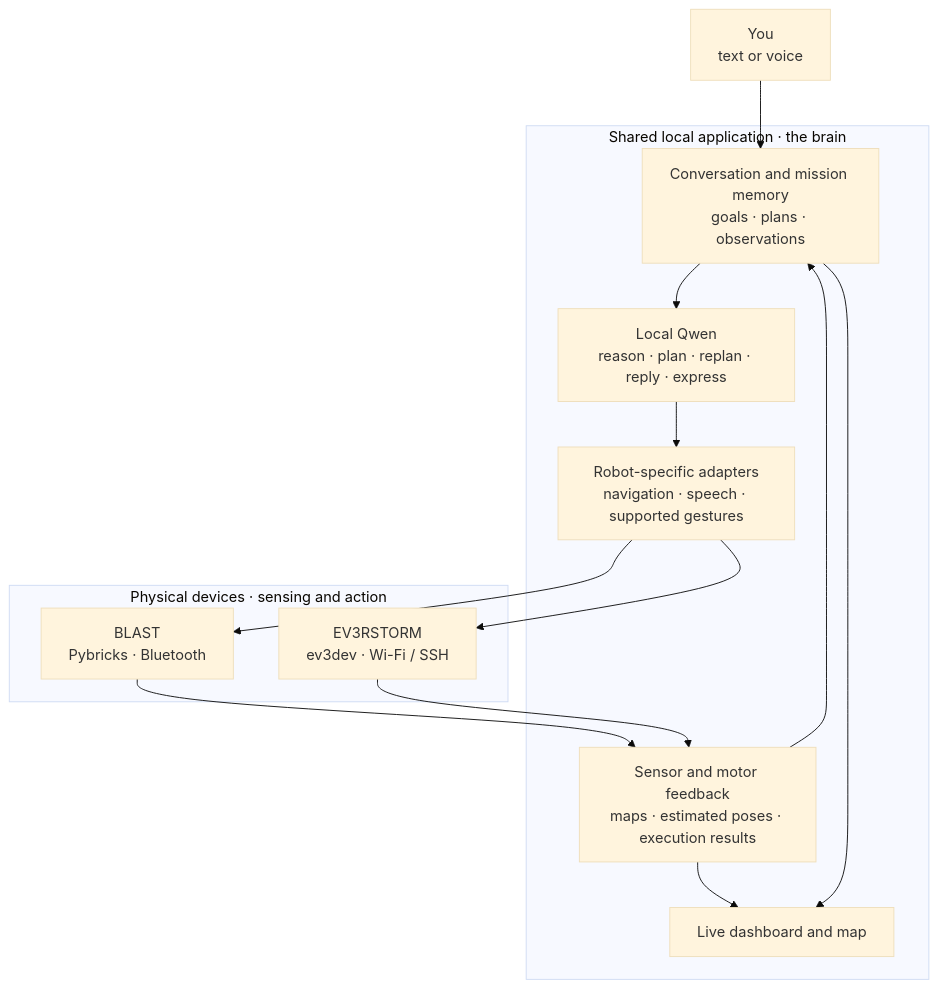
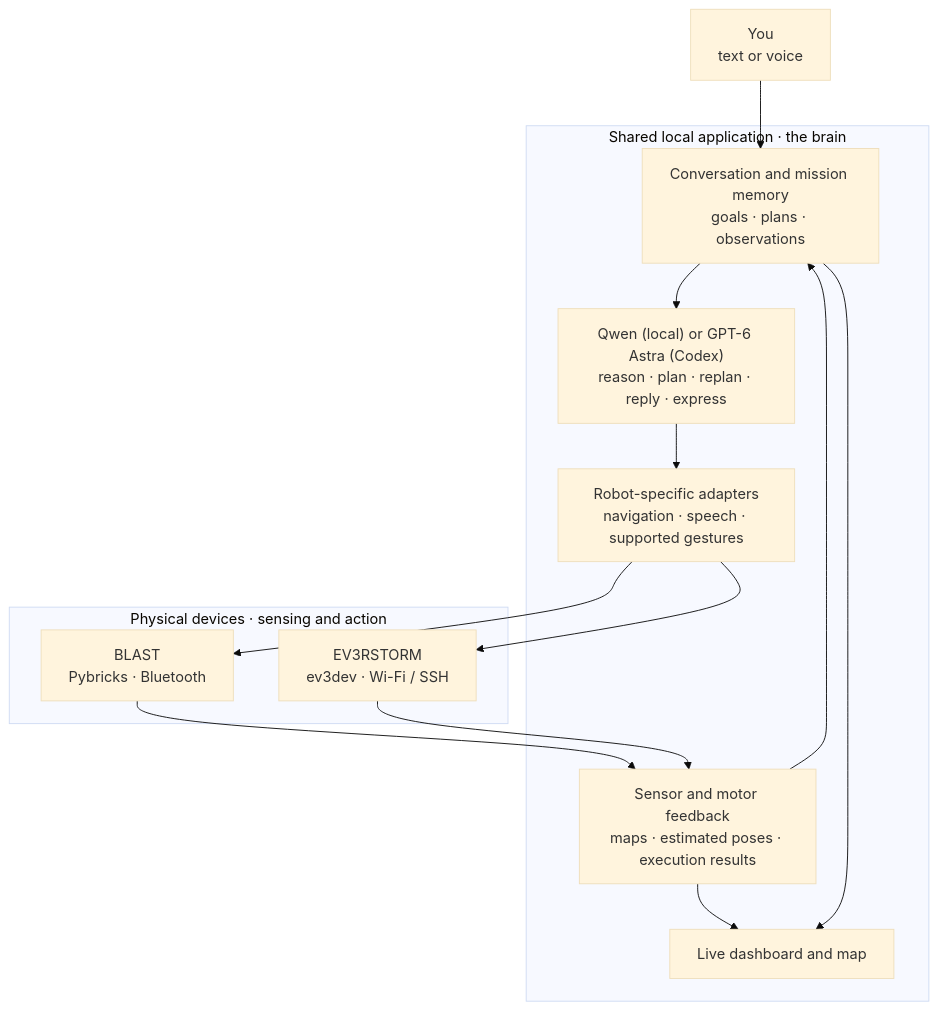
The diagram in README.md (Jawbreaker1/robot-llm), drawn with Mermaid (base theme) before and after one commit. The commit also changed other lines of this file and 125 other files, not shown here.

````diff
--- a/README.md
+++ b/README.md
@@ -113,20 +113,20 @@
 ```mermaid
 flowchart TD
     U["You<br/>text or voice"] --> H
     subgraph APP["Shared local application · the brain"]
         H["Conversation and mission memory<br/>goals · plans · observations"]
-        H --> Q["Local Qwen<br/>reason · plan · replan · reply · express"]
+        H --> Q["Qwen (local) or GPT-6 Astra (Codex)<br/>reason · plan · replan · reply · express"]
         Q --> X["Robot-specific adapters<br/>navigation · speech · supported gestures"]
         O["Sensor and motor feedback<br/>maps · estimated poses · execution results"] --> H
         O --> D["Live dashboard and map"]
         H --> D
     end
     subgraph BODIES["Physical devices · sensing and action"]
         B["BLAST<br/>Pybricks · Bluetooth"]
         E["EV3RSTORM<br/>ev3dev · Wi-Fi / SSH"]
     end
     X --> B
     X --> E
     B --> O
     E --> O
 ```
````
